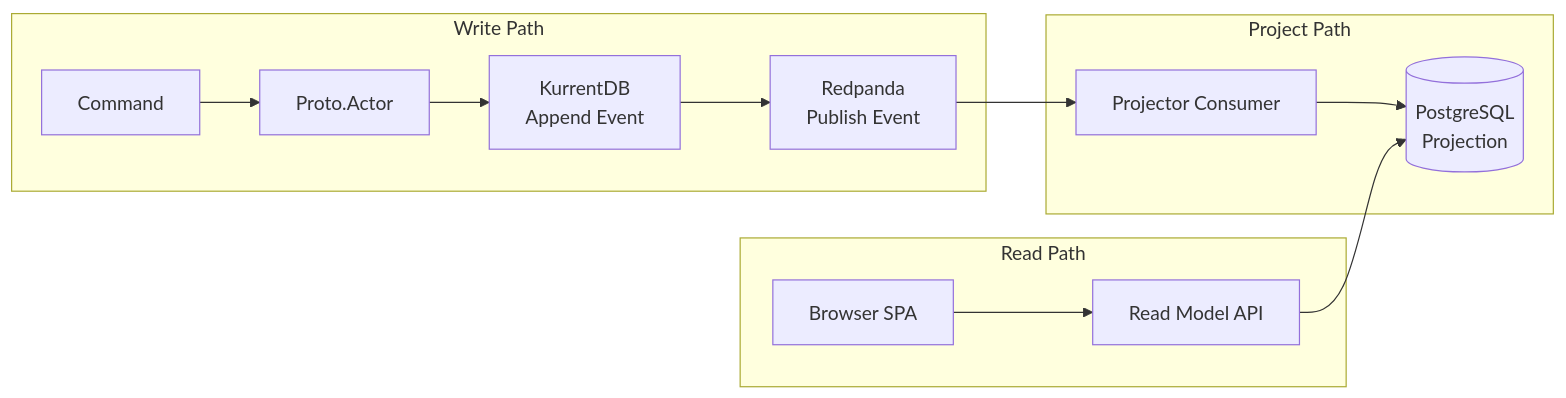
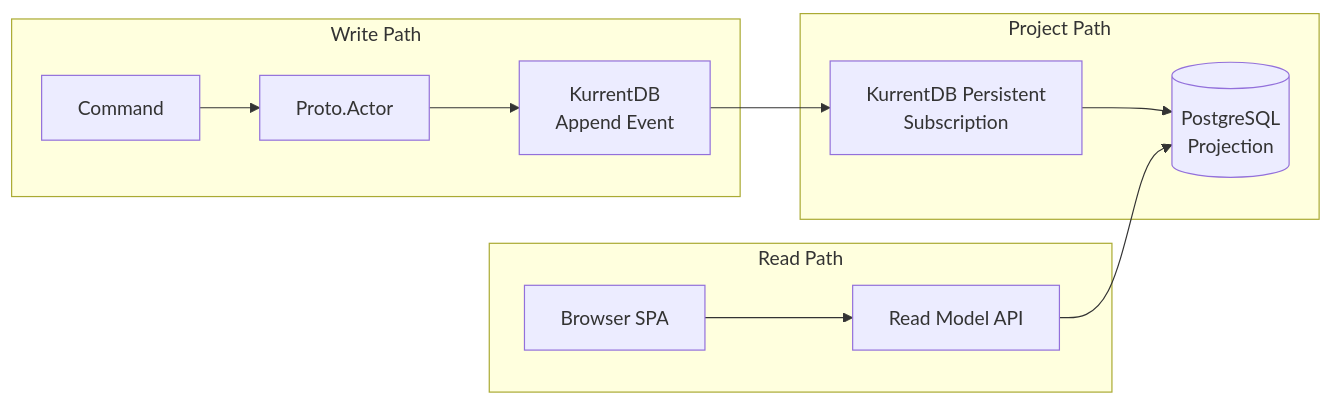
One commit to lekhasy/Vut changed diagram 15 of 15 in epics/01-epic-first-signin-org/architecture/architecture.md. Above: the diagram before and after it, drawn with Mermaid. The commit also changed other lines of this file and 16 other files, not shown here.

Commit message:
Architecture change to projecting directly from kurrent db

````diff
--- a/epics/01-epic-first-signin-org/architecture/architecture.md
+++ b/epics/01-epic-first-signin-org/architecture/architecture.md
@@ -1043,18 +1023,17 @@
 ```mermaid
 flowchart LR
     subgraph Write Path
         CMD[Command] --> ACT[Proto.Actor]
         ACT --> ES[KurrentDB<br/>Append Event]
-        ES --> PUB[Redpanda<br/>Publish Event]
     end
 
     subgraph Project Path
-        PUB --> CONS[Projector Consumer]
-        CONS --> PG[(PostgreSQL<br/>Projection)]
+        ES --> PS[KurrentDB Persistent<br/>Subscription]
+        PS --> PG[(PostgreSQL<br/>Projection)]
     end
 
     subgraph Read Path
         API[Read Model API] --> PG
         UI[Browser SPA] --> API
     end
 ```
````
